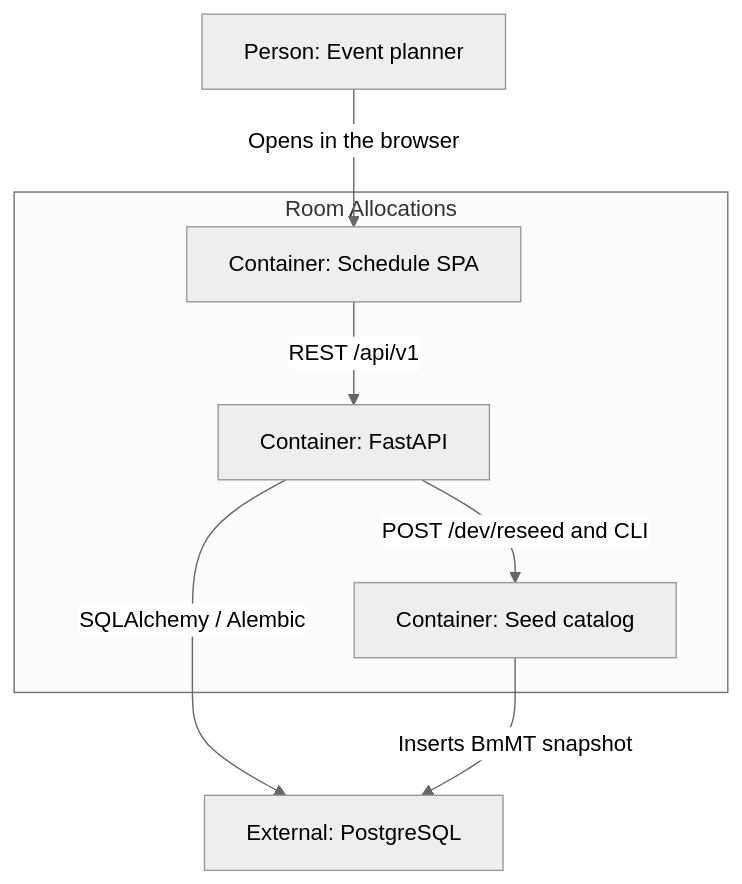
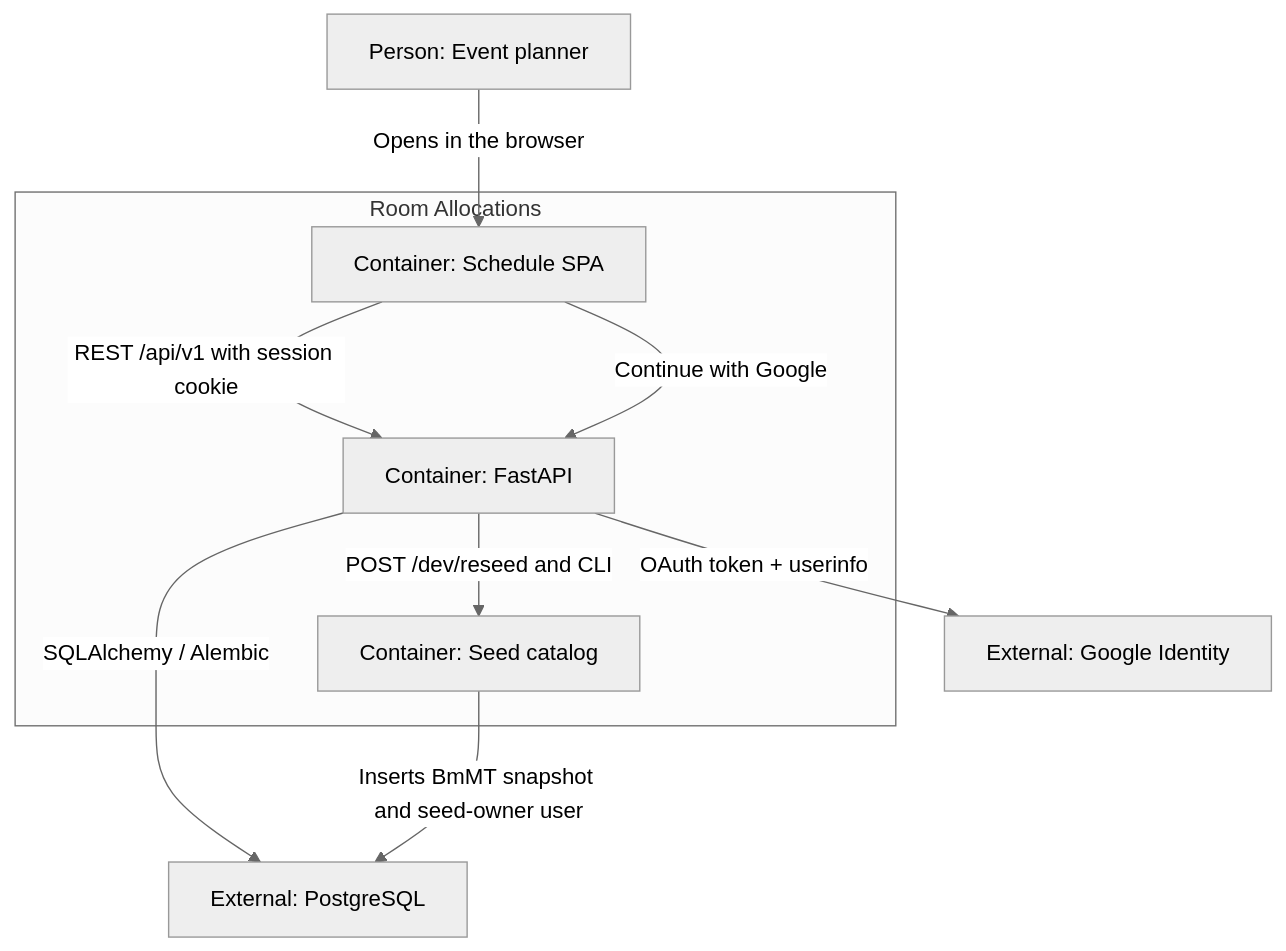
One commit to tri2k/room-allocations-demo changed the diagram in docs/c4/container.md. Above: the diagram before and after it, drawn with Mermaid. The commit also changed other lines of this file and 29 other files, not shown here.

First line of the commit message:
feat: add Google sign-in and session gate (#5)

````diff
--- a/docs/c4/container.md
+++ b/docs/c4/container.md
@@ -5,16 +5,19 @@
 ```mermaid
 %%{init: {"theme": "neutral"}}%%
 flowchart TB
   planner["Person: Event planner"]
   subgraph product [Room Allocations]
     spa["Container: Schedule SPA"]
     api["Container: FastAPI"]
     seed["Container: Seed catalog"]
   end
+  google["External: Google Identity"]
   postgres["External: PostgreSQL"]
   planner -->|"Opens in the browser"| spa
-  spa -->|"REST /api/v1"| api
+  spa -->|"REST /api/v1 with session cookie"| api
+  spa -->|"Continue with Google"| api
+  api -->|"OAuth token + userinfo"| google
   api -->|"SQLAlchemy / Alembic"| postgres
   api -->|"POST /dev/reseed and CLI"| seed
-  seed -->|"Inserts BmMT snapshot"| postgres
+  seed -->|"Inserts BmMT snapshot and seed-owner user"| postgres
 ```
````
